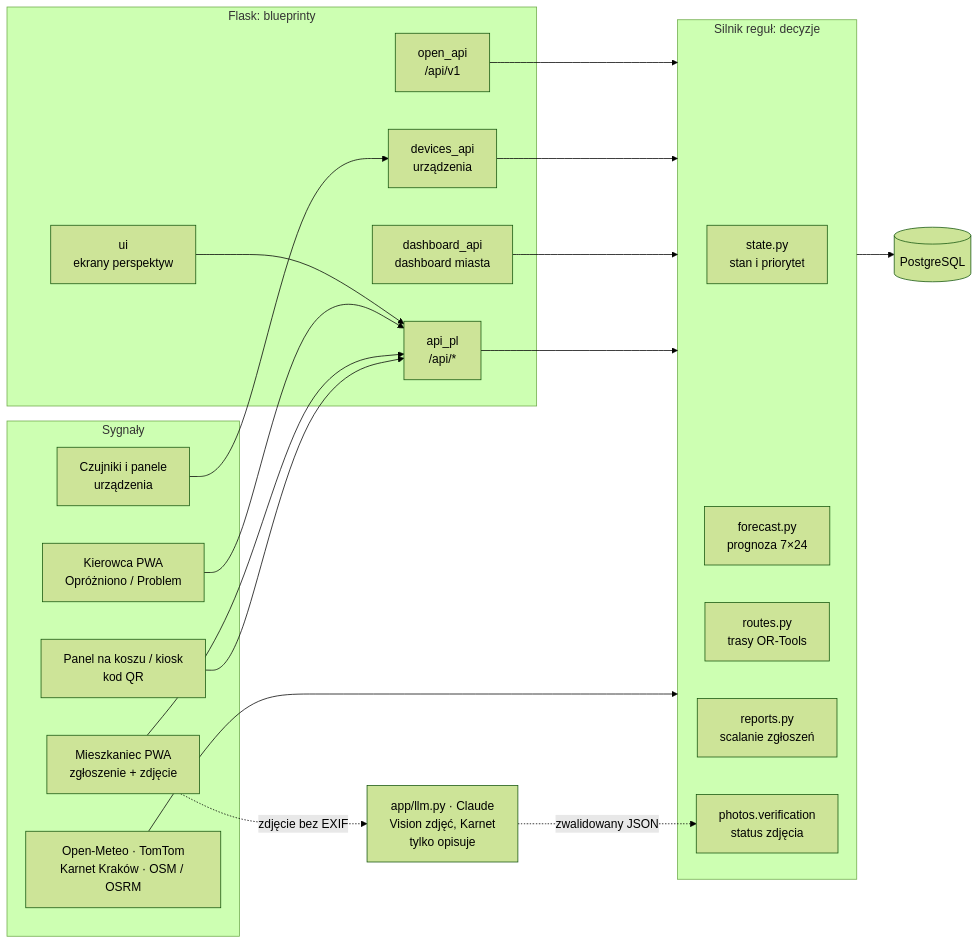
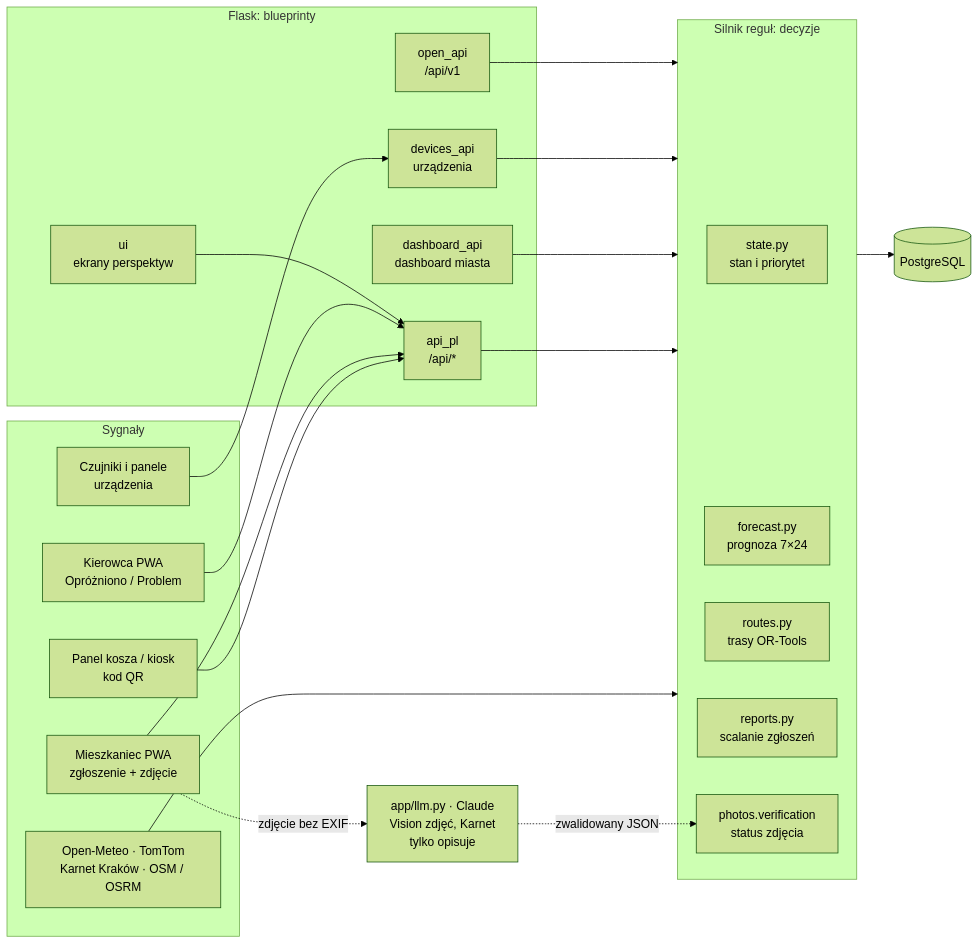
Before and after one commit to TomaszWu14/trash-fairy: the diagram in README.md, drawn with Mermaid (forest theme). The commit also changed other lines of this file and 100 other files, not shown here.

````diff
--- a/README.md
+++ b/README.md
@@ -34,34 +34,34 @@
 ```mermaid
 flowchart LR
   subgraph S[Sygnały]
-    K[Panel na koszu / kiosk<br/>kod QR]
+    K[Panel kosza / kiosk<br/>kod QR]
     M[Mieszkaniec PWA<br/>zgłoszenie + zdjęcie]
     D[Kierowca PWA<br/>Opróżniono / Problem]
     U[Czujniki i panele<br/>urządzenia]
     X[Open-Meteo · TomTom<br/>Karnet Kraków · OSM / OSRM]
   end
   subgraph F[Flask: blueprinty]
     UI[ui<br/>ekrany perspektyw]
     API[api_pl<br/>/api/*]
     DA[dashboard_api<br/>dashboard miasta]
     DV[devices_api<br/>urządzenia]
     OA[open_api<br/>/api/v1]
   end
   subgraph R[Silnik reguł: decyzje]
     ST[state.py<br/>stan i priorytet]
     FC[forecast.py<br/>prognoza 7×24]
     RT[routes.py<br/>trasy OR-Tools]
     RP[reports.py<br/>scalanie zgłoszeń]
     PV[photos.verification<br/>status zdjęcia]
   end
   L[app/llm.py · Claude<br/>Vision zdjęć, Karnet<br/>tylko opisuje]
   DB[(PostgreSQL)]
   K & M & D --> API
   U --> DV
   X --> R
   UI --> API
   API & DA & DV & OA --> R
   M -. zdjęcie bez EXIF .-> L
   L -. zwalidowany JSON .-> PV
   R --> DB
 ```
````
